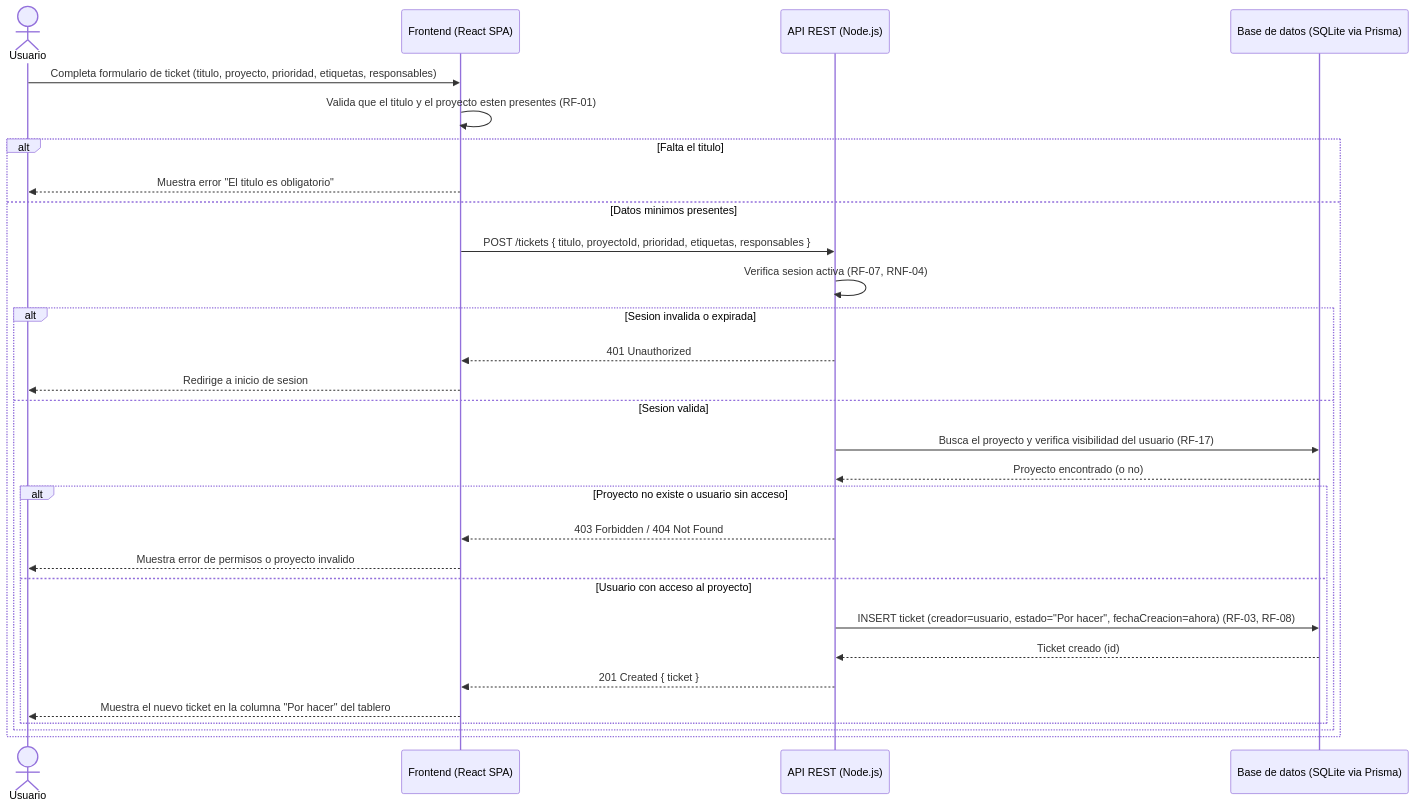
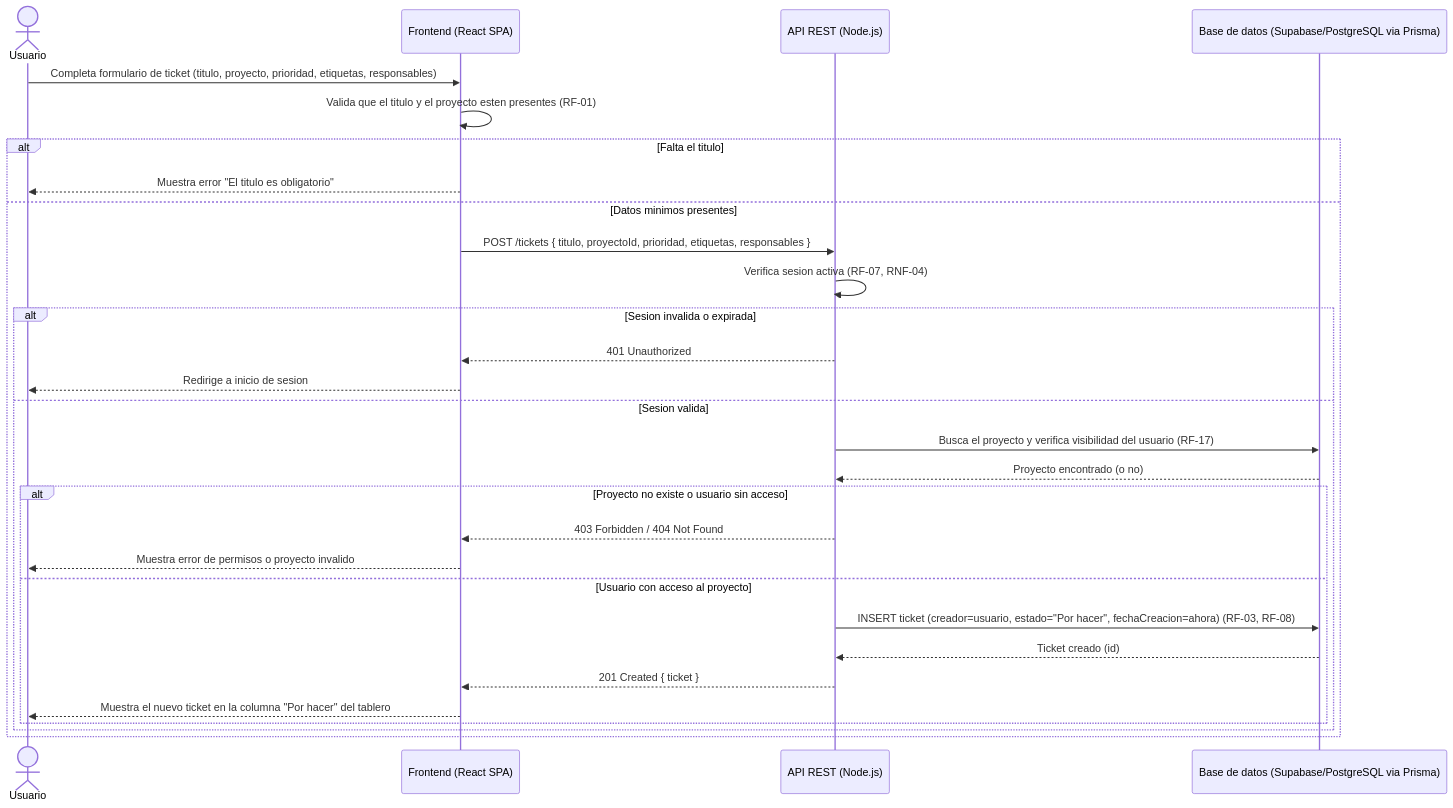
One commit to wallas2022/miniJira-Curso-IA changed the diagram in architecture/architecture.md. Above: the diagram before and after it, drawn with Mermaid. The commit also changed other lines of this file and 4 other files, not shown here.

First line of the commit message:
Add database-schema.yaml and migrate DB stack to Supabase (P15)

````diff
--- a/architecture/architecture.md
+++ b/architecture/architecture.md
@@ -32,35 +33,35 @@
 ```mermaid
 sequenceDiagram
     actor U as Usuario
     participant SPA as Frontend (React SPA)
     participant API as API REST (Node.js)
-    participant DB as Base de datos (SQLite via Prisma)
+    participant DB as Base de datos (Supabase/PostgreSQL via Prisma)
 
     U->>SPA: Completa formulario de ticket (titulo, proyecto, prioridad, etiquetas, responsables)
     SPA->>SPA: Valida que el titulo y el proyecto esten presentes (RF-01)
 
     alt Falta el titulo
         SPA-->>U: Muestra error "El titulo es obligatorio"
     else Datos minimos presentes
         SPA->>API: POST /tickets { titulo, proyectoId, prioridad, etiquetas, responsables }
         API->>API: Verifica sesion activa (RF-07, RNF-04)
 
         alt Sesion invalida o expirada
             API-->>SPA: 401 Unauthorized
             SPA-->>U: Redirige a inicio de sesion
         else Sesion valida
             API->>DB: Busca el proyecto y verifica visibilidad del usuario (RF-17)
             DB-->>API: Proyecto encontrado (o no)
 
             alt Proyecto no existe o usuario sin acceso
                 API-->>SPA: 403 Forbidden / 404 Not Found
                 SPA-->>U: Muestra error de permisos o proyecto invalido
             else Usuario con acceso al proyecto
                 API->>DB: INSERT ticket (creador=usuario, estado="Por hacer", fechaCreacion=ahora) (RF-03, RF-08)
                 DB-->>API: Ticket creado (id)
                 API-->>SPA: 201 Created { ticket }
                 SPA-->>U: Muestra el nuevo ticket en la columna "Por hacer" del tablero
             end
         end
     end
 ```
````
